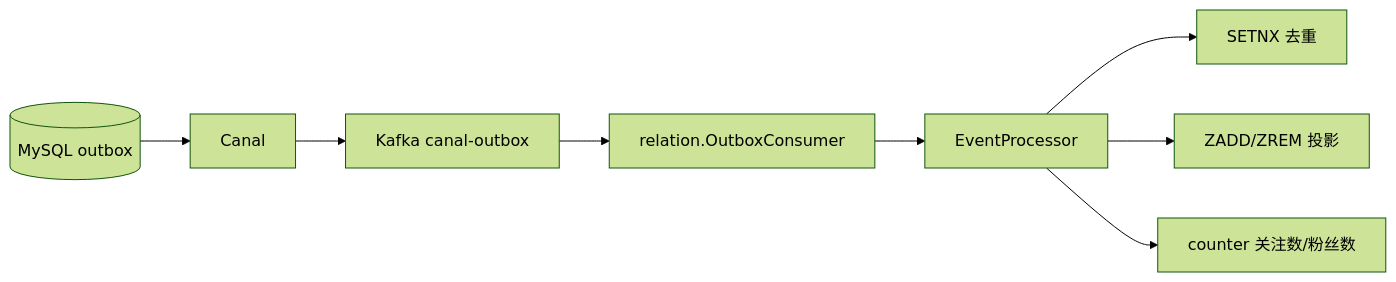
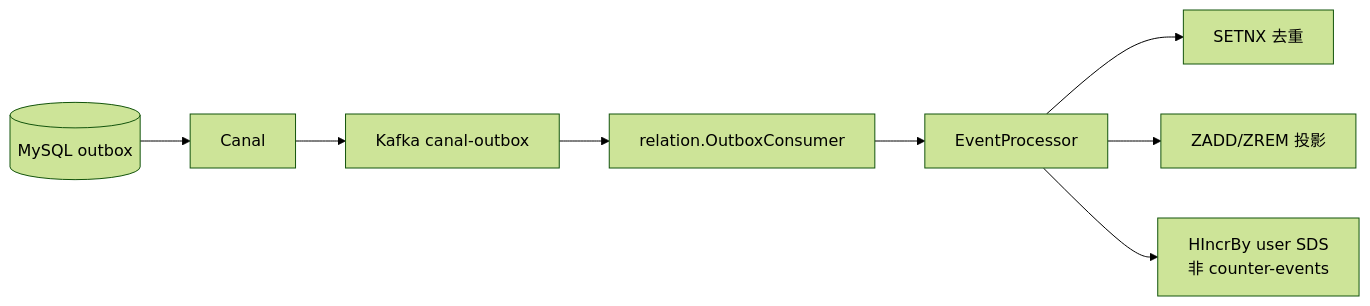
Before and after one commit to bitladykiller/zhiguang_go: the fifth of 13 diagrams in docs/modules/06-关注关系与Feed扩散模块.md, drawn with Mermaid (forest theme). The commit also changed other lines of this file and 8 other files, not shown here.

First line of the commit message:
docs: 跨模块流程图与接线核对，统一 fanout/计数/异步表述

````diff
--- a/docs/modules/06-关注关系与Feed扩散模块.md
+++ b/docs/modules/06-关注关系与Feed扩散模块.md
@@ -171,10 +173,10 @@
 ```mermaid
 flowchart LR
     A[(MySQL outbox)] --> B[Canal]
     B --> C[Kafka canal-outbox]
     C --> D[relation.OutboxConsumer]
     D --> E[EventProcessor]
     E --> F[SETNX 去重]
     E --> G[ZADD/ZREM 投影]
-    E --> H[counter 关注数/粉丝数]
+    E --> H[HIncrBy user SDS<br/>非 counter-events]
 ```
````
